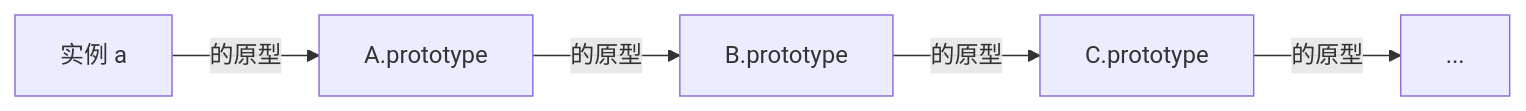
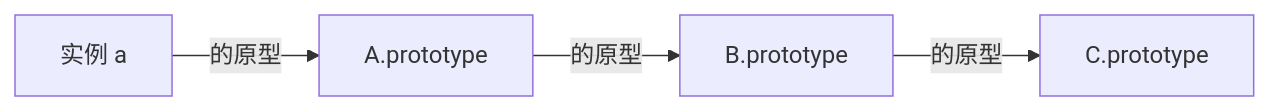
Before and after one commit to weijieblog/JavaScript-ES5-Tutorials: the sixth of 12 diagrams in oop/inherit.md, drawn with Mermaid. The commit also changed other lines of this file and 2 other files, not shown here.

````diff
--- a/oop/inherit.md
+++ b/oop/inherit.md
@@ -88,7 +109,6 @@
 ```{mermaid}
 graph LR
   a[实例 a] -- 的原型 --> A[A.prototype]
   A -- 的原型 --> B[B.prototype]
   B -- 的原型 --> C[C.prototype]
-  C -- 的原型 --> D[...]
 ```
````
